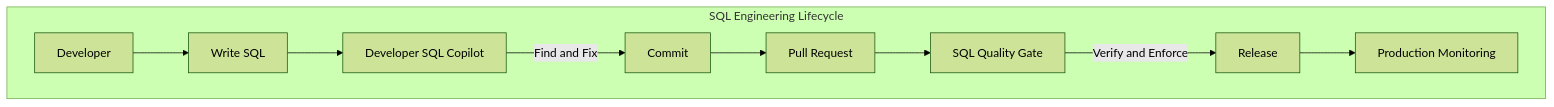
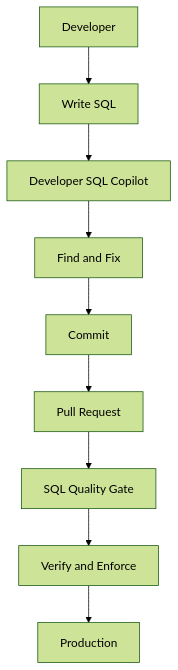
One commit to PawSQL/pawsql-docs-mantlify changed the second of 2 diagrams in docs/en/use-cases/developer-sql-copilot.mdx. Above: the diagram before and after it, drawn with Mermaid (forest theme). The commit also changed other lines of this file and 82 other files, not shown here.

````diff
--- a/docs/en/use-cases/developer-sql-copilot.mdx
+++ b/docs/en/use-cases/developer-sql-copilot.mdx
@@ -992,12 +105,11 @@
 ```mermaid
 flowchart TD
-    subgraph LC["SQL Engineering Lifecycle"]
-        A[Developer] --> B[Write SQL]
-        B --> C[Developer SQL Copilot]
-        C -->|"Find and Fix"| D[Commit]
-        D --> E[Pull Request]
-        E --> F[SQL Quality Gate]
-        F -->|"Verify and Enforce"| G[Release]
-        G --> H[Production Monitoring]
-    end
+    A[Developer] --> B[Write SQL]
+    B --> C[Developer SQL Copilot]
+    C --> D["Find and Fix"]
+    D --> E[Commit]
+    E --> F[Pull Request]
+    F --> G[SQL Quality Gate]
+    G --> H["Verify and Enforce"]
+    H --> I[Production]
 ```
````
